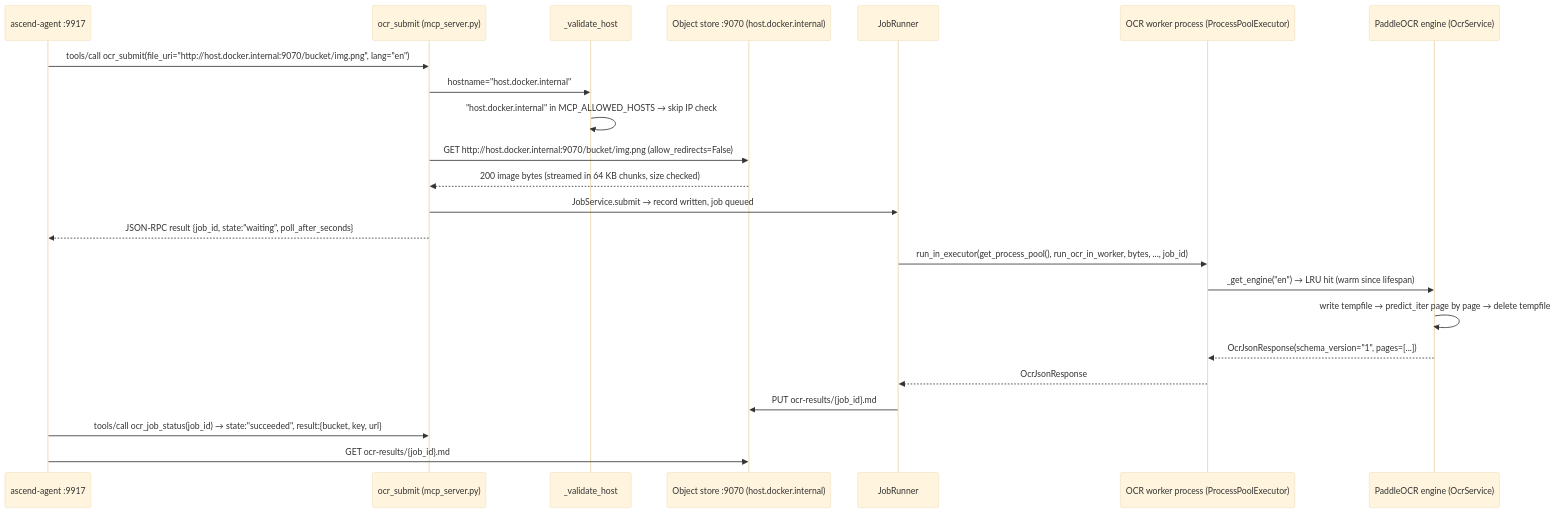
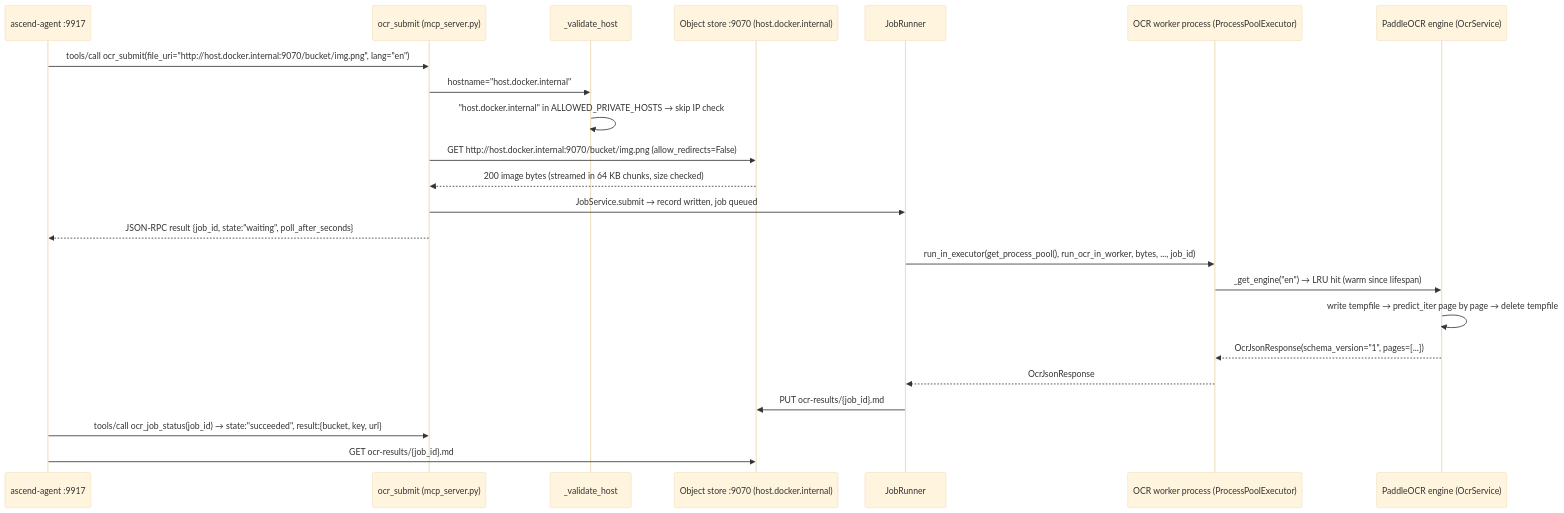
One commit to Lukk17/AscendAI changed the second of 2 diagrams in apps/ascend-ocr/docs/architecture/diagrams/container-diagram.md. Above: the diagram before and after it, drawn with Mermaid (base theme). The commit also changed other lines of this file and 28 other files, not shown here.

````diff
--- a/apps/ascend-ocr/docs/architecture/diagrams/container-diagram.md
+++ b/apps/ascend-ocr/docs/architecture/diagrams/container-diagram.md
@@ -59,29 +59,29 @@
 ```mermaid
 sequenceDiagram
     accTitle: MCP ocr_submit happy path via the S3-compatible object store
     accDescr: Shows the full call chain from ascend-agent through the SSRF guard, the object-store download, the queue, the OCR engine, and the result bucket.
 
     participant Agent as ascend-agent :9917
     participant MCP as ocr_submit (mcp_server.py)
     participant Guard as _validate_host
     participant ObjectStore as Object store :9070 (host.docker.internal)
     participant Runner as JobRunner
     participant Pool as OCR worker process (ProcessPoolExecutor)
     participant Engine as PaddleOCR engine (OcrService)
 
     Agent->>MCP: tools/call ocr_submit(file_uri="http://host.docker.internal:9070/bucket/img.png", lang="en")
     MCP->>Guard: hostname="host.docker.internal"
-    Guard->>Guard: "host.docker.internal" in MCP_ALLOWED_HOSTS → skip IP check
+    Guard->>Guard: "host.docker.internal" in ALLOWED_PRIVATE_HOSTS → skip IP check
     MCP->>ObjectStore: GET http://host.docker.internal:9070/bucket/img.png (allow_redirects=False)
     ObjectStore-->>MCP: 200 image bytes (streamed in 64 KB chunks, size checked)
     MCP->>Runner: JobService.submit → record written, job queued
     MCP-->>Agent: JSON-RPC result {job_id, state:"waiting", poll_after_seconds}
     Runner->>Pool: run_in_executor(get_process_pool(), run_ocr_in_worker, bytes, ..., job_id)
     Pool->>Engine: _get_engine("en") → LRU hit (warm since lifespan)
     Engine->>Engine: write tempfile → predict_iter page by page → delete tempfile
     Engine-->>Pool: OcrJsonResponse(schema_version="1", pages=[...])
     Pool-->>Runner: OcrJsonResponse
     Runner->>ObjectStore: PUT ocr-results/{job_id}.md
     Agent->>MCP: tools/call ocr_job_status(job_id) → state:"succeeded", result:{bucket, key, url}
     Agent->>ObjectStore: GET ocr-results/{job_id}.md
 ```
````
